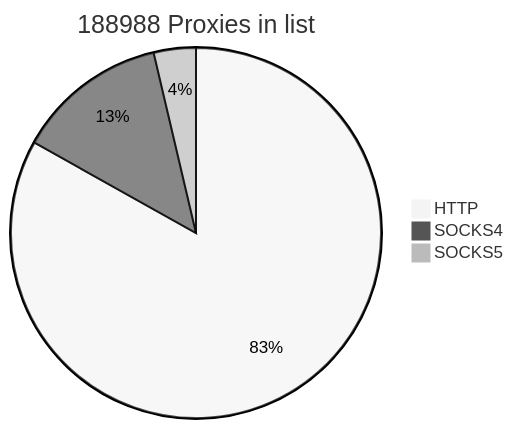
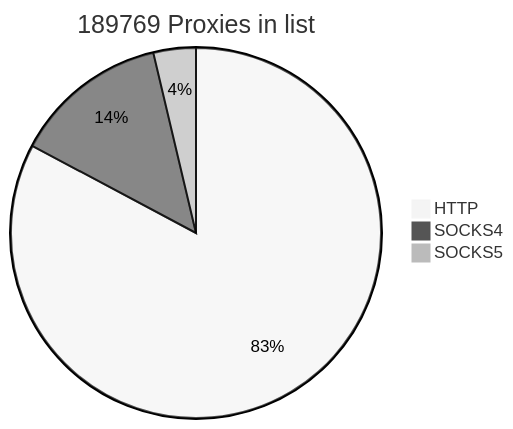
Before and after one commit to cutipu/proxylist: the first of 2 diagrams in README.md, drawn with Mermaid (neutral theme). The commit also changed other lines of this file, not shown here.

````diff
--- a/README.md
+++ b/README.md
@@ -2,7 +2,7 @@
 ```mermaid
-pie title 188988 Proxies in list
-    "HTTP" : 157076
-    "SOCKS4" : 24968
-    "SOCKS5" : 6944
+pie title 189769 Proxies in list
+    "HTTP" : 157099
+    "SOCKS4" : 25644
+    "SOCKS5" : 7026
             
 ```
````
